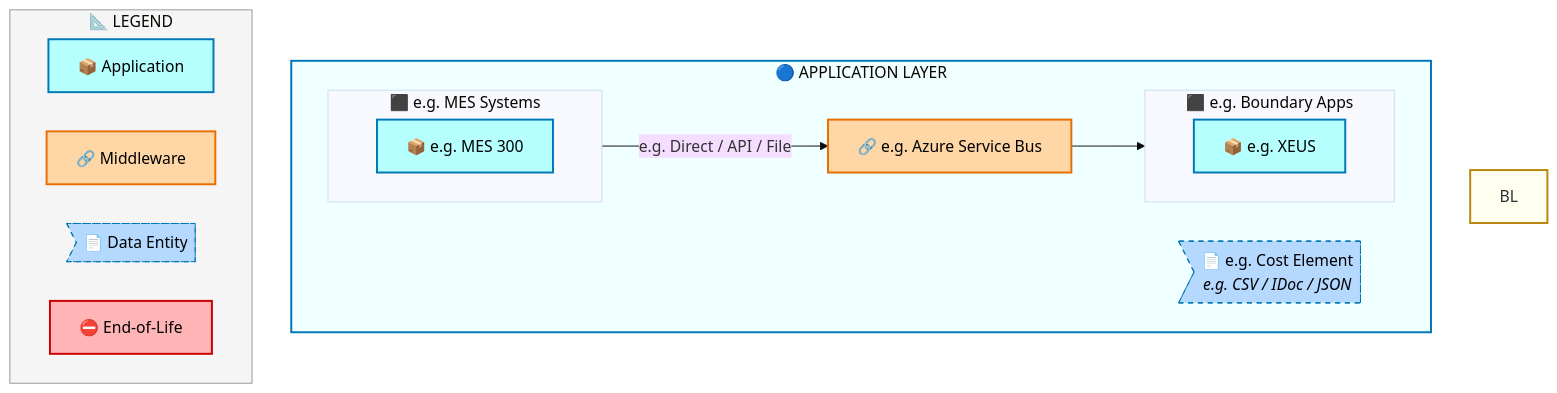
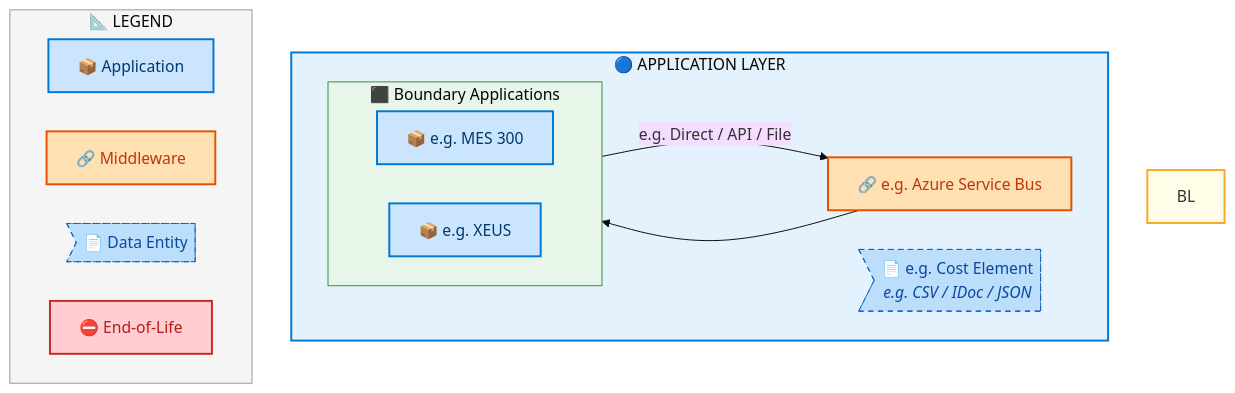
The fourth of 7 diagrams in towers/E2E/Procure to Pay/E2E-59/output/docs/systems-architecture/E2E-59-Architecture.md (sajivfrancis777/IAO-Architecture), drawn with Mermaid before and after one commit. The commit also changed other lines of this file and 394 other files, not shown here.

First line of the commit message:
feat: structured layer ordering for Mermaid architecture diagrams

````diff
--- a/towers/E2E/Procure to Pay/E2E-59/output/docs/systems-architecture/E2E-59-Architecture.md
+++ b/towers/E2E/Procure to Pay/E2E-59/output/docs/systems-architecture/E2E-59-Architecture.md
@@ -382,39 +388,42 @@
 ```mermaid
 %%{init: {"theme": "base", "securityLevel": "loose", "themeVariables": {"fontSize": "16px", "fontFamily": "Segoe UI, Arial, sans-serif"}, "flowchart": {"useMaxWidth": false, "htmlLabels": true, "nodeSpacing": 40, "rankSpacing": 50}} }%%
 flowchart TB
-    %% -- ArchiMate-inspired style classes --
-    classDef business      fill:#FFFFB5,stroke:#B8860B,stroke-width:2px,color:#000
-    classDef app           fill:#B5FFFF,stroke:#0077B6,stroke-width:2px,color:#000
-    classDef data          fill:#B5D8FF,stroke:#0077B6,stroke-width:1px,color:#000,stroke-dasharray: 5 5
-    classDef middleware    fill:#FFD6A5,stroke:#E76F00,stroke-width:2px,color:#000
-    classDef eol           fill:#FFB5B5,stroke:#CC0000,stroke-width:2px,color:#000
+    %% -- ArchiMate 3.2 + Azure style classes --
+    classDef business      fill:#FFFFB3,stroke:#F9A825,stroke-width:2px,color:#000
+    classDef app           fill:#CCE5FF,stroke:#0078D4,stroke-width:2px,color:#003A6C
+    classDef data          fill:#BBDEFB,stroke:#1565C0,stroke-width:1px,color:#0D47A1,stroke-dasharray: 5 5
+    classDef middleware    fill:#FFE0B2,stroke:#E65100,stroke-width:2px,color:#BF360C
+    classDef eol           fill:#FFCDD2,stroke:#C62828,stroke-width:2px,color:#B71C1C
+    classDef saas          fill:#E1BEE7,stroke:#7B1FA2,stroke-width:2px,color:#4A148C
+    classDef cloud         fill:#BBDEFB,stroke:#1565C0,stroke-width:2px,color:#0D47A1
+    classDef onprem        fill:#C8E6C9,stroke:#2E7D32,stroke-width:2px,color:#1B5E20
 
     subgraph AL["🔵 APPLICATION LAYER"]
         direction LR
-        subgraph E2E59CLN_e_g_Boundary_Apps[" ⬛ e.g. Boundary Apps"]
-            direction LR
-            E2E59C_e_g_XEUS["📦 e.g. XEUS"]:::app
-        end
-        subgraph E2E59CLN_e_g_MES_Systems[" ⬛ e.g. MES Systems"]
+        subgraph E2E59CLN_Boundary_Applications[" ⬛ Boundary Applications"]
             direction LR
             E2E59C_e_g_MES_300["📦 e.g. MES 300"]:::app
+            E2E59C_e_g_XEUS["📦 e.g. XEUS"]:::app
         end
         E2E59CMW_e_g_Azure_Service_Bus["🔗 e.g. Azure Service Bus"]:::middleware
         E2E59CDE_e_g_Cost_Element>"📄 e.g. Cost Element<br/><i>e.g. CSV / IDoc / JSON</i>"]:::data
     end
 
     E2E59C_e_g_MES_300 -->|"e.g. Direct / API / File"| E2E59CMW_e_g_Azure_Service_Bus
     E2E59CMW_e_g_Azure_Service_Bus --> E2E59C_e_g_XEUS
 
-    style BL fill:#FFFFF0,stroke:#B8860B,stroke-width:2px
-    style AL fill:#F0FFFF,stroke:#0077B6,stroke-width:2px
+
+    style BL fill:#FFFDE7,stroke:#F9A825,stroke-width:2px
+    style AL fill:#E3F2FD,stroke:#0078D4,stroke-width:2px
+
+    style E2E59CLN_Boundary_Applications fill:#E8F5E9,stroke:#388E3C,stroke-width:1px
 
     subgraph Legend["📐 LEGEND"]
         direction LR
         L_APP["📦 Application"]:::app
         L_MW["🔗 Middleware"]:::middleware
         L_DE>"📄 Data Entity"]:::data
         L_EOL["⛔ End-of-Life"]:::eol
     end
     style Legend fill:#F5F5F5,stroke:#999,stroke-width:1px
 ```
````
